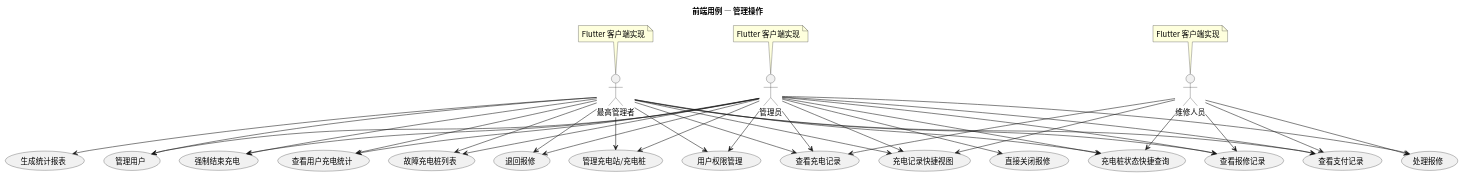
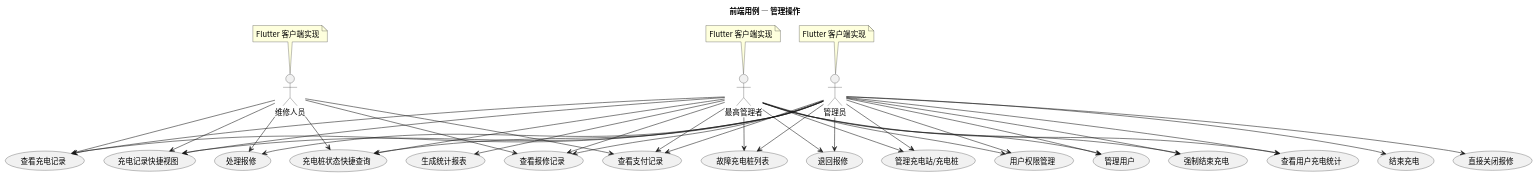
One commit to greenhandzdl/charging-station-doc changed the diagram in usecase/docs/frontend/src/frontend_admin_usecases.puml. Above: the diagram before and after it, drawn with PlantUML. The commit also changed 11 other files, not shown here.

First line of the commit message:
fix: 第20轮评估修复 — 跨图一致性全面补全（2 MAJOR + 1 MINOR + 2 INFO）

```diff
--- a/usecase/docs/frontend/src/frontend_admin_usecases.puml
+++ b/usecase/docs/frontend/src/frontend_admin_usecases.puml
@@ -1,64 +1,66 @@
 @startuml
 skinparam defaultFontName "Noto Sans CJK SC"
 skinparam defaultFontSize 14
 title 前端用例 — 管理操作
 skinparam useCaseShape rectangle
 
 actor "管理员" as A
 actor "维修人员" as M
 actor "最高管理者" as SA
 
 note top of A : Flutter 客户端实现
 note top of M : Flutter 客户端实现
 note top of SA : Flutter 客户端实现
 
 usecase "处理报修" as HR
 usecase "管理充电站/充电桩" as MM
 usecase "用户权限管理" as PM
 usecase "管理用户" as MU
 usecase "强制结束充电" as FSC
+usecase "结束充电" as EC
 usecase "生成统计报表" as GS
 usecase "充电桩状态快捷查询" as QC
 usecase "查看报修记录" as VR
 usecase "查看支付记录" as VPR
 usecase "查看充电记录" as VCR
 usecase "充电记录快捷视图" as QV
 usecase "查看用户充电统计" as UCS
 usecase "故障充电桩列表" as FCL
 usecase "直接关闭报修" as DCR
 usecase "退回报修" as RR
 
 A --> HR
 A --> DCR
 A --> VR
 A --> MM
 A --> PM
 A --> MU
 A --> FSC
+A --> EC
 A --> QC
 A --> QV
 A --> VCR
 A --> VPR
 A --> UCS
 A --> RR
 A --> FCL
 SA --> FCL
 SA --> RR
 SA --> VR
 M --> HR
 M --> VR
 M --> VPR
 M --> VCR
 M --> QV
 M --> QC
 SA --> MM
 SA --> PM
 SA --> MU
 SA --> FSC
 SA --> GS
 SA --> VCR
 SA --> QC
 SA --> QV
 SA --> VPR
 SA --> UCS
 @enduml
```
